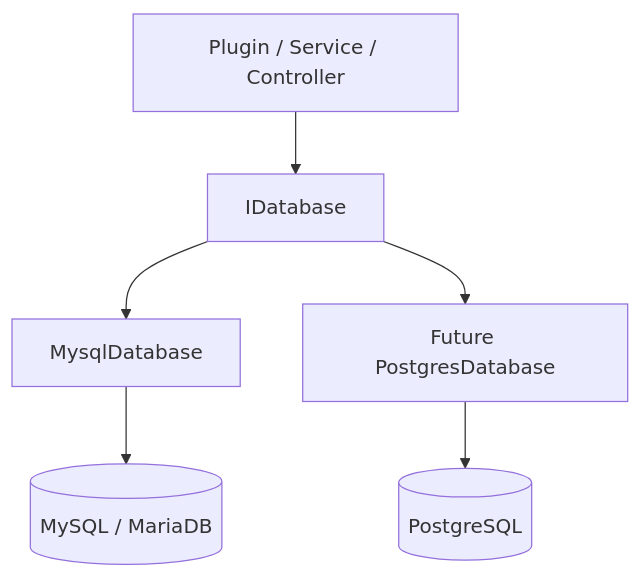
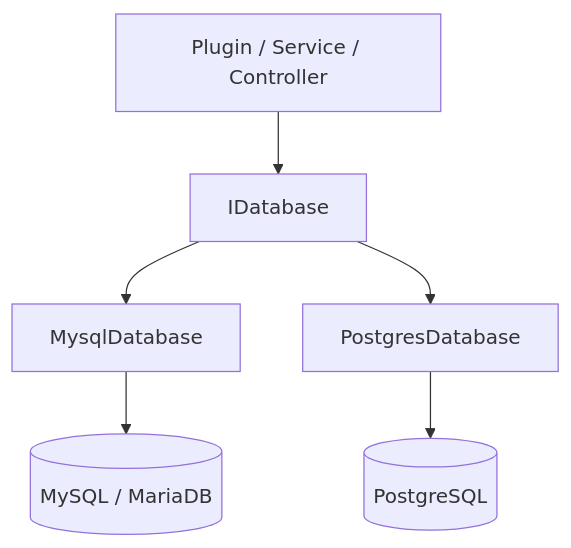
One commit to ddbase3/Base3Framework changed the first of 7 diagrams in docs/databases.md. Above: the diagram before and after it, drawn with Mermaid. The commit also changed other lines of this file and 32 other files, not shown here.

````diff
--- a/docs/databases.md
+++ b/docs/databases.md
@@ -45,8 +46,8 @@
 ```mermaid
 flowchart TD
     A[Plugin / Service / Controller] --> B[IDatabase]
     B --> C[MysqlDatabase]
-    B --> D[Future PostgresDatabase]
+    B --> D[PostgresDatabase]
     C --> E[(MySQL / MariaDB)]
     D --> F[(PostgreSQL)]
 ```
````
